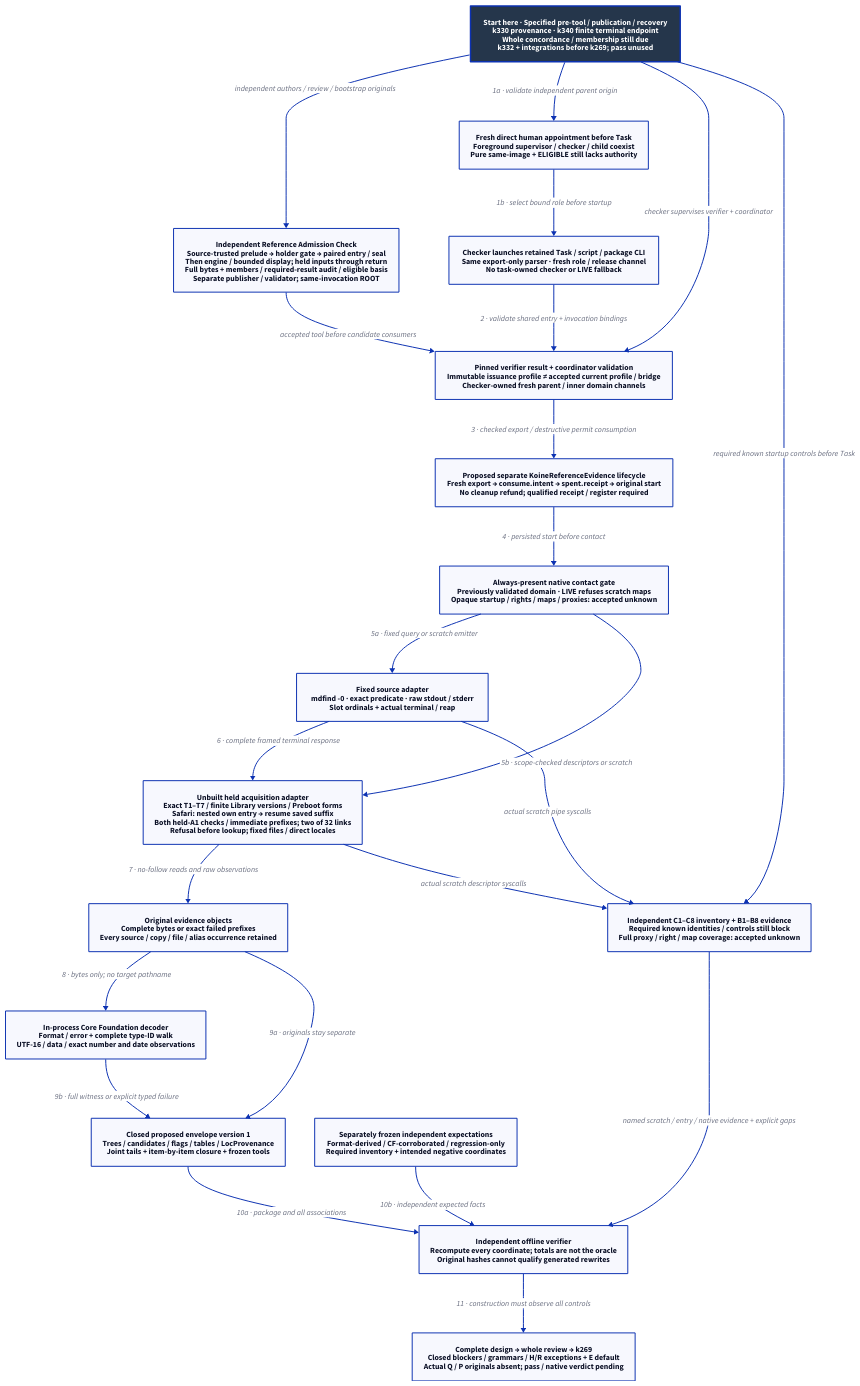
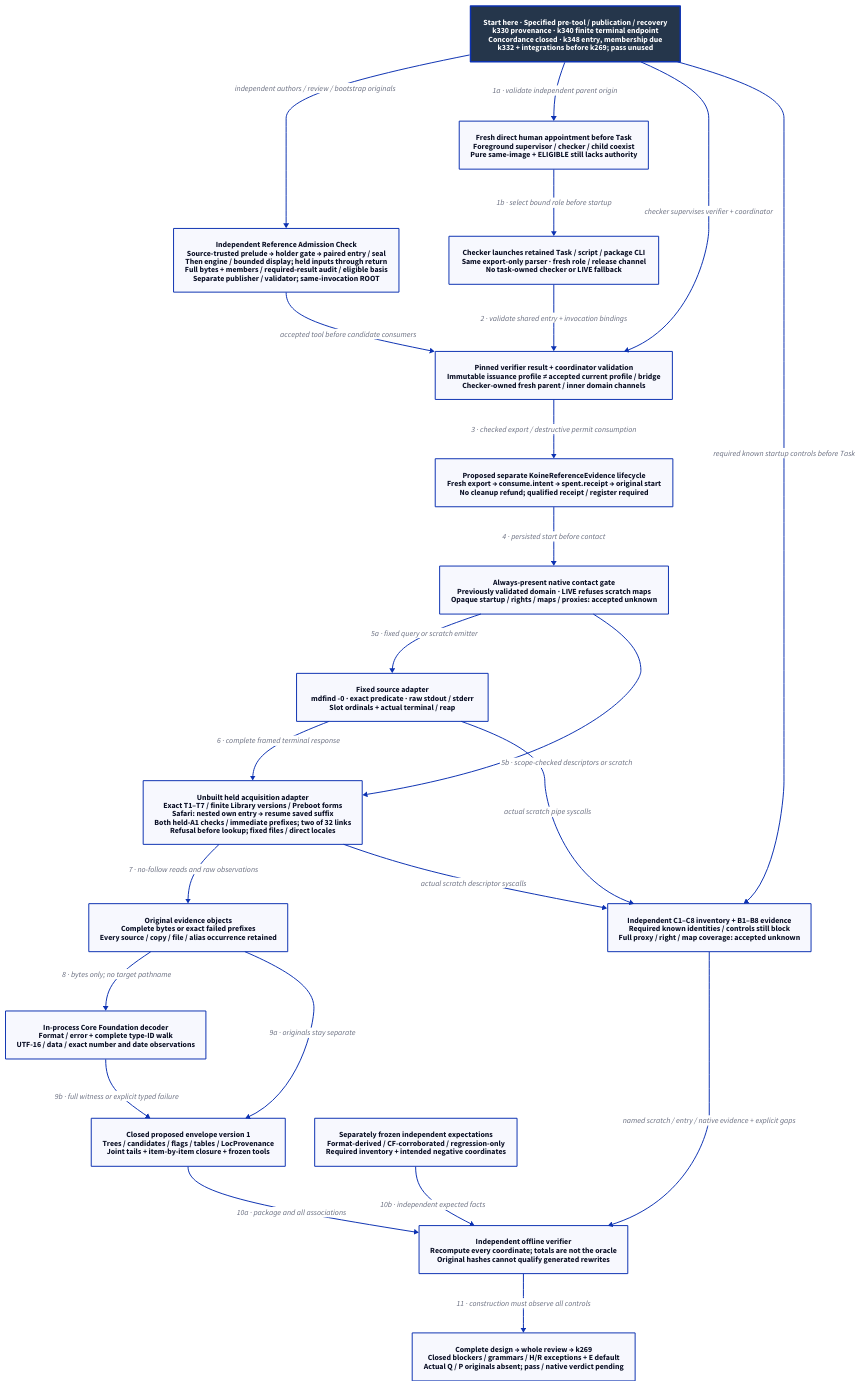
The diagram in docs/design/architecture/native-reference-instrument.d2 (Linkuistics/Koine), drawn with D2 before and after one commit. The commit also changed 31 other files, not shown here.

Commit message:
Concord whole original obligations and externalize inter-checkpoint publication entry (reference-evidence-whole-obligation-concordance-k347; closes reference-evidence-whole-obligation-concordance-k343)

```diff
--- a/docs/design/architecture/native-reference-instrument.d2
+++ b/docs/design/architecture/native-reference-instrument.d2
@@ -1,43 +1,43 @@
-# Specified k331 mechanisms; whole concordance/membership and k332 review precede use.
+# Specified k331 mechanisms; k348 entry, k344 membership and k332 review precede use.
 direction: down
 classes: {
   start: {style: {fill: "#25364B"; font-color: "#FFFFFF"; bold: true; stroke-width: 3}}
 }
-Start: "Start here · Specified pre-tool / publication / recovery\nk330 provenance · k340 finite terminal endpoint\nWhole concordance / membership still due\nk332 + integrations before k269; pass unused" {class: start}
+Start: "Start here · Specified pre-tool / publication / recovery\nk330 provenance · k340 finite terminal endpoint\nConcordance closed · k348 entry, membership due\nk332 + integrations before k269; pass unused" {class: start}
 Role: "Fresh direct human appointment before Task\nForeground supervisor / checker / child coexist\nPure same-image + ELIGIBLE still lacks authority"
 Task: "Checker launches retained Task / script / package CLI\nSame export-only parser · fresh role / release channel\nNo task-owned checker or LIVE fallback"
 Admission: "Pinned verifier result + coordinator validation\nImmutable issuance profile ≠ accepted current profile / bridge\nChecker-owned fresh parent / inner domain channels"
 Authority: "Proposed separate KoineReferenceEvidence lifecycle\nFresh export → consume.intent → spent.receipt → original start\nNo cleanup refund; qualified receipt / register required"
 Gate: "Always-present native contact gate\nPreviously validated domain · LIVE refuses scratch maps\nOpaque startup / rights / maps / proxies: accepted unknown"
 Source: "Fixed source adapter\nmdfind -0 · exact predicate · raw stdout / stderr\nSlot ordinals + actual terminal / reap"
 Held: "Unbuilt held acquisition adapter\nExact T1–T7 / finite Library versions / Preboot forms\nSafari: nested own entry → resume saved suffix\nBoth held-A1 checks / immediate prefixes; two of 32 links\nRefusal before lookup; fixed files / direct locales"
 Objects: "Original evidence objects\nComplete bytes or exact failed prefixes\nEvery source / copy / file / alias occurrence retained"
 Decoder: "In-process Core Foundation decoder\nFormat / error + complete type-ID walk\nUTF-16 / data / exact number and date observations"
 Envelope: "Closed proposed envelope version 1\nTrees / candidates / flags / tables / LocProvenance\nJoint tails + item-by-item closure + frozen tools"
 Oracle: "Separately frozen independent expectations\nFormat-derived / CF-corroborated / regression-only\nRequired inventory + intended negative coordinates"
 Observer: "Independent C1–C8 inventory + B1–B8 evidence\nRequired known identities / controls still block\nFull proxy / right / map coverage: accepted unknown"
 Verifier: "Independent offline verifier\nRecompute every coordinate; totals are not the oracle\nOriginal hashes cannot qualify generated rewrites"
 Boundary: "Complete design → whole review → k269\nClosed blockers / grammars / H/R exceptions + E default\nActual Q / P originals absent; pass / native verdict pending"
 Compare: "Independent Reference Admission Check\nSource-trusted prelude → holder gate → paired entry / seal\nThen engine / bounded display; held inputs through return\nFull bytes + members / required-result audit / eligible basis\nSeparate publisher / validator; same-invocation ROOT"
 Compare -> Admission: "accepted tool before candidate consumers"
 Start -> Compare: "independent authors / review / bootstrap originals"
 Start -> Role: "1a · validate independent parent origin"
 Role -> Task: "1b · select bound role before startup"
 Start -> Admission: "checker supervises verifier + coordinator"
 Start -> Observer: "required known startup controls before Task"
 Task -> Admission: "2 · validate shared entry + invocation bindings"
 Admission -> Authority: "3 · checked export / destructive permit consumption"
 Authority -> Gate: "4 · persisted start before contact"
 Gate -> Source: "5a · fixed query or scratch emitter"
 Gate -> Held: "5b · scope-checked descriptors or scratch"
 Source -> Held: "6 · complete framed terminal response"
 Held -> Objects: "7 · no-follow reads and raw observations"
 Objects -> Decoder: "8 · bytes only; no target pathname"
 Objects -> Envelope: "9a · originals stay separate"
 Decoder -> Envelope: "9b · full witness or explicit typed failure"
 Envelope -> Verifier: "10a · package and all associations"
 Oracle -> Verifier: "10b · independent expected facts"
 Source -> Observer: "actual scratch pipe syscalls"
 Held -> Observer: "actual scratch descriptor syscalls"
 Observer -> Verifier: "named scratch / entry / native evidence + explicit gaps"
 Verifier -> Boundary: "11 · construction must observe all controls"
```
